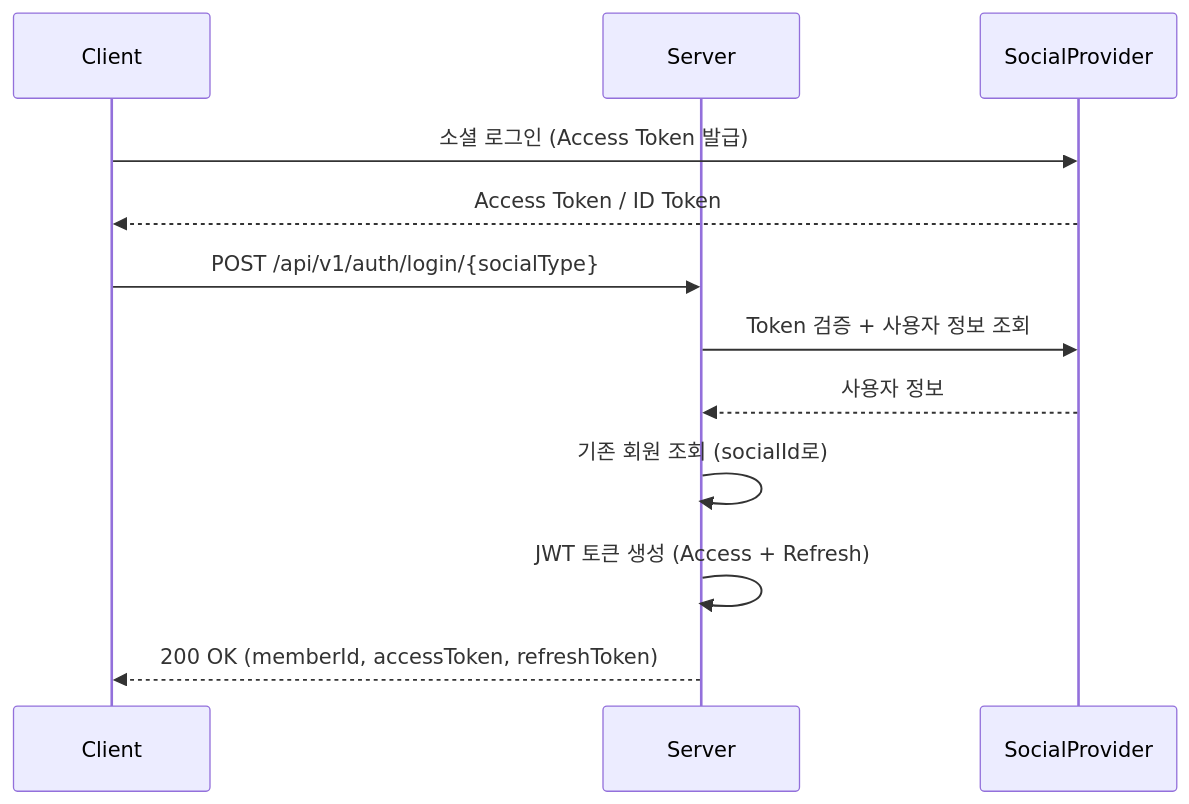
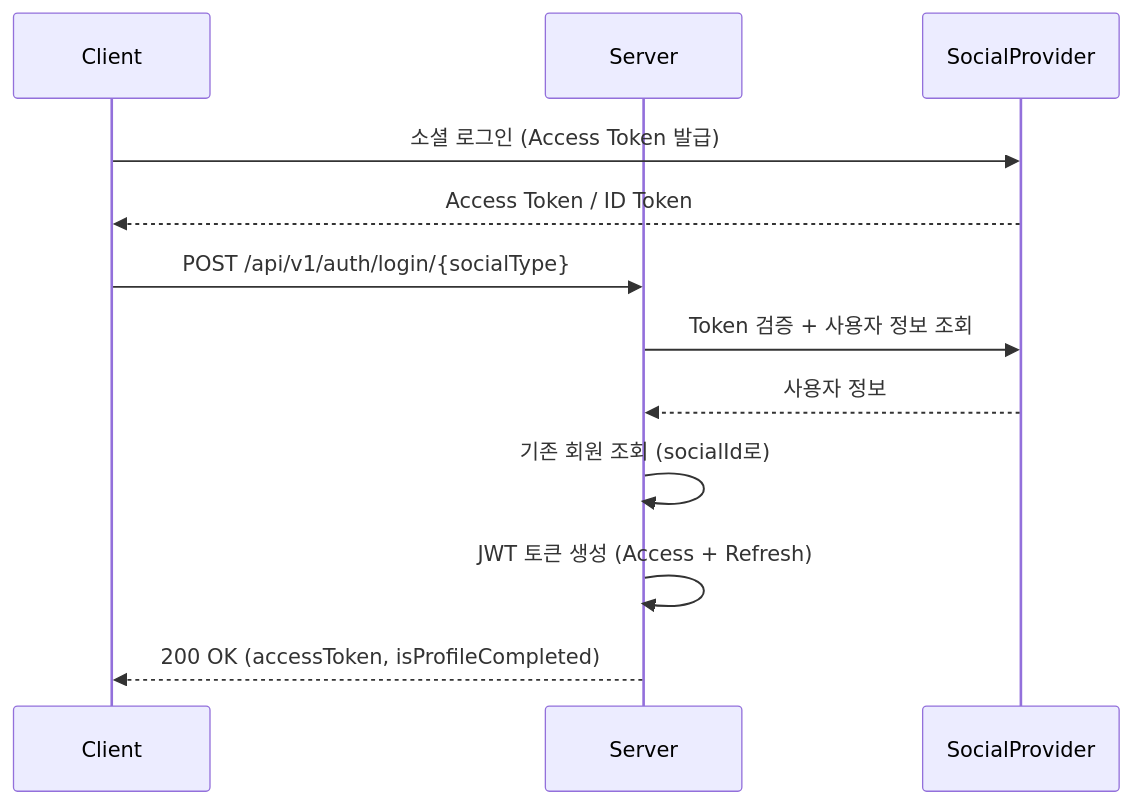
Before and after one commit to focus-to-level-up/api-server: the second of 4 diagrams in API_DOCUMENTATION.md, drawn with Mermaid. The commit also changed other lines of this file, not shown here.

````diff
--- a/API_DOCUMENTATION.md
+++ b/API_DOCUMENTATION.md
@@ -553,15 +537,15 @@
 ```mermaid
 sequenceDiagram
     participant Client
     participant Server
     participant SocialProvider
 
     Client->>SocialProvider: 소셜 로그인 (Access Token 발급)
     SocialProvider-->>Client: Access Token / ID Token
     Client->>Server: POST /api/v1/auth/login/{socialType}
     Server->>SocialProvider: Token 검증 + 사용자 정보 조회
     SocialProvider-->>Server: 사용자 정보
     Server->>Server: 기존 회원 조회 (socialId로)
     Server->>Server: JWT 토큰 생성 (Access + Refresh)
-    Server-->>Client: 200 OK (memberId, accessToken, refreshToken)
+    Server-->>Client: 200 OK (accessToken, isProfileCompleted)
 ```
````
